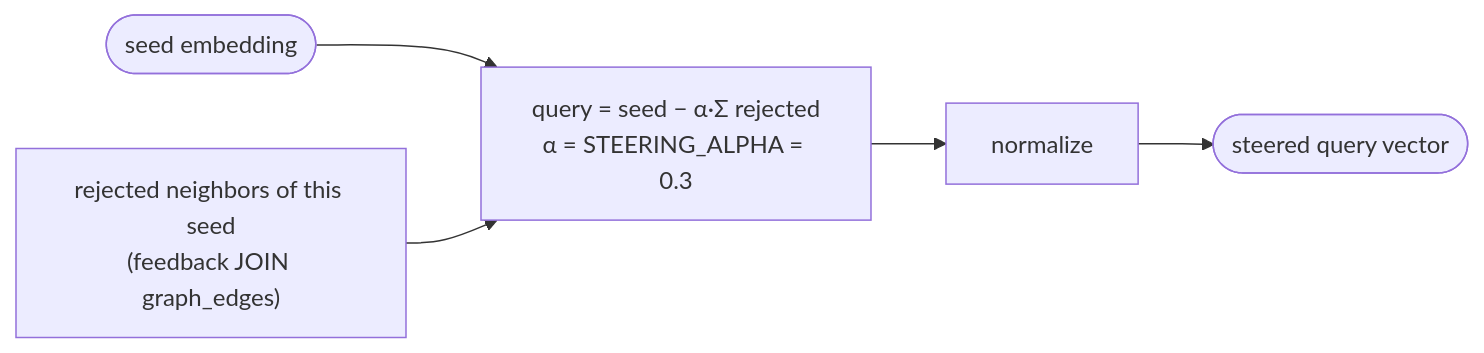
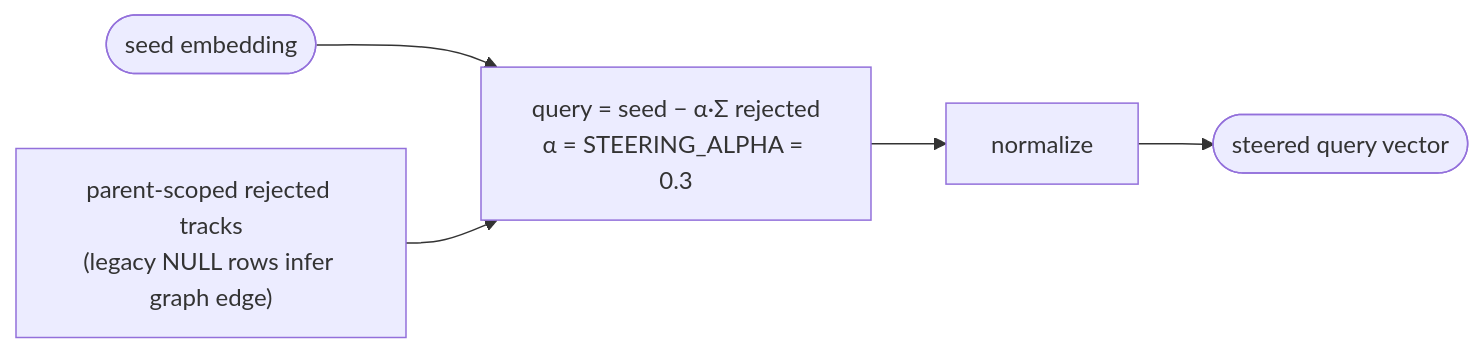
The ninth of 13 diagrams in ARCHITECTURE.md (pedro-boudoux/pyo), drawn with Mermaid before and after one commit. The commit also changed other lines of this file and 21 other files, not shown here.

Commit message:
Connect graph removal to parent-scoped rejection (#36)

````diff
--- a/ARCHITECTURE.md
+++ b/ARCHITECTURE.md
@@ -340,6 +341,6 @@
 ```mermaid
 flowchart LR
     seed(["seed embedding"]) --> calc
-    rej["rejected neighbors of this seed<br/>(feedback JOIN graph_edges)"] --> calc["query = seed − α·Σ rejected<br/>α = STEERING_ALPHA = 0.3"]
+    rej["parent-scoped rejected tracks<br/>(legacy NULL rows infer graph edge)"] --> calc["query = seed − α·Σ rejected<br/>α = STEERING_ALPHA = 0.3"]
     calc --> nrm["normalize"] --> q(["steered query vector"])
 ```
````
